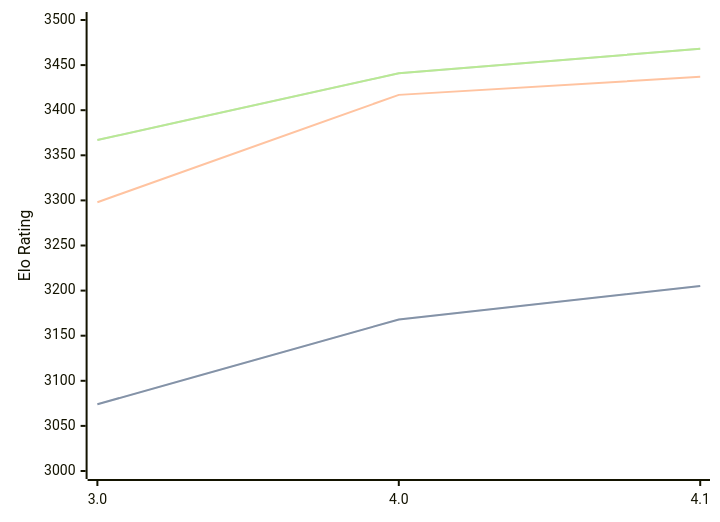
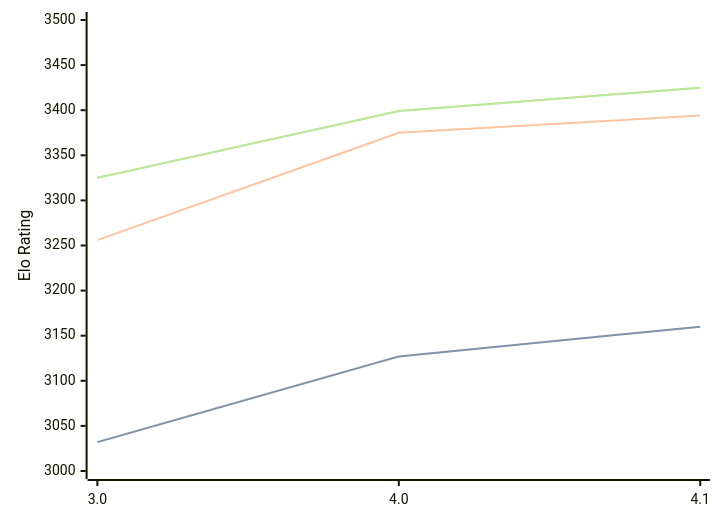
One commit to computer-chess-index/cci changed the diagram in engines/Eleanor.md. Above: the diagram before and after it, drawn with Mermaid. The commit also changed other lines of this file, not shown here.

Commit message:
Update CCI Ratings (ELO VLTC) - 2026-05-19

````diff
--- a/engines/Eleanor.md
+++ b/engines/Eleanor.md
@@ -35,11 +35,11 @@
 ```mermaid
 %%{init: {"theme":"base","themeVariables":{"seriesColors:['#a3a3a3','#222221','#faa371']}}}%%
 xychart-beta
   x-axis ["3.0", "4.0", "4.1"]
   y-axis "Elo Rating" 3000 --> 3500
-  line "STC (8.0+0.08s)" [3074, 3168, 3205]
-  line "STC (8.0+0.08s)" [3074, 3168, 3205]
-  line "LTC (60.0+0.60s)" [3298, 3417, 3437]
-  line "VLTC (2m24s+1.12s)" [3367, 3441, 3468]
-  line "VLTC (2m24s+1.12s)" [3367, 3441, 3468]
+  line "STC (8.0+0.08s)" [3032, 3127, 3160]
+  line "STC (8.0+0.08s)" [3032, 3127, 3160]
+  line "LTC (60.0+0.60s)" [3256, 3375, 3394]
+  line "VLTC (2m24s+1.12s)" [3325, 3399, 3425]
+  line "VLTC (2m24s+1.12s)" [3325, 3399, 3425]
 ```
````
